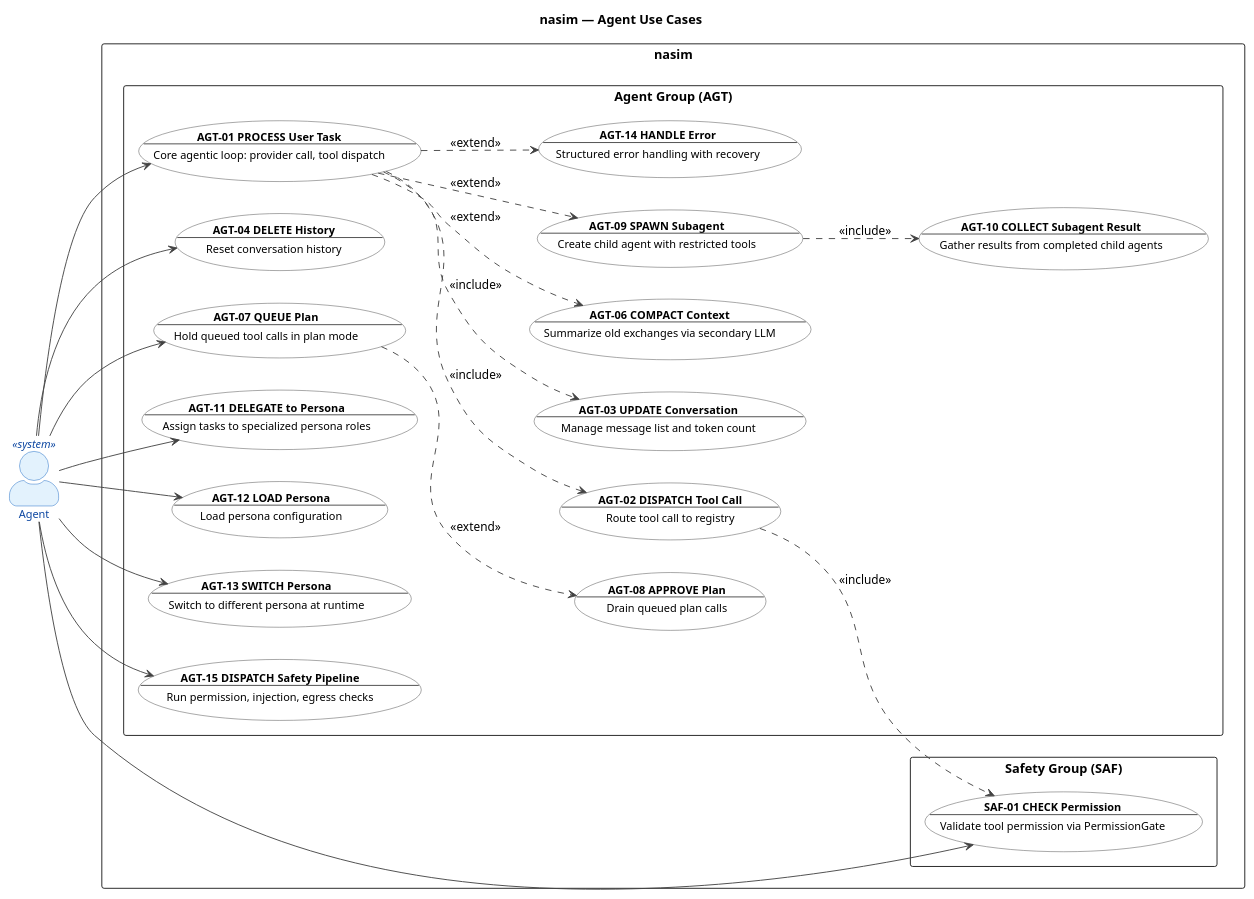
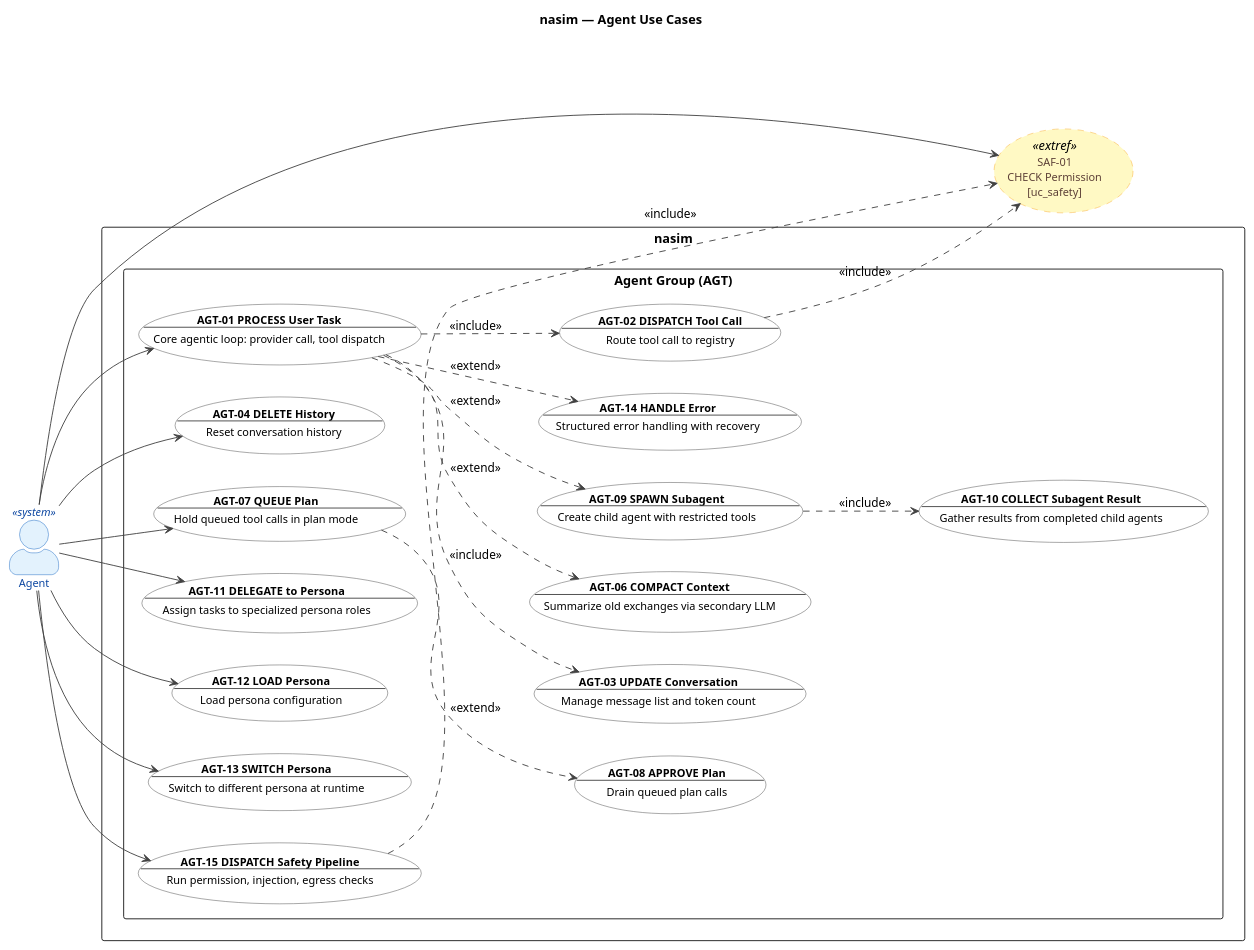
One commit to salimnamvar/nasim changed diagram 11 of 22 in UC.md. Above: the diagram before and after it, drawn with PlantUML. The commit also changed other lines of this file and 5 other files, not shown here.

First line of the commit message:
docs: Refactor state machine and use case diagrams for clarity and consistency

```diff
--- a/UC.md
+++ b/UC.md
@@ -1045,7 +1058,7 @@
 ' Boundary:  nasim code agent
 ' Purpose:   Core agentic loop, permissions, context, plans, subagents
 ' Milestone: v1.0
-' Version:   6.0.0
+' Version:   7.0.0
 ' Source:    docs/ENTITIES.md
 ' Review:    docs/audit/audit.2026.06.20.uc-layer.car.md
 ' ============================================================
@@ -1078,11 +1091,24 @@
   FontColor #0D47A1
 }
 
+skinparam usecase<<extref>> {
+  BackgroundColor #FFF9C4
+  BorderColor #F9A825
+  FontColor #5D4037
+  BorderStyle dashed
+}
+
 ' ============================================================
 ' Actors
 ' ============================================================
 
 actor "Agent" as Agent <<system>>
+
+' ============================================================
+' Cross-Group External References
+' ============================================================
+
+usecase "SAF-01\nCHECK Permission\n[uc_safety]" as SAF01_ext <<extref>>
 
 ' ============================================================
 ' System Boundary
@@ -1105,10 +1131,6 @@
     usecase "**AGT-14 HANDLE Error**\n--\nStructured error handling with recovery" as AGT14
     usecase "**AGT-15 DISPATCH Safety Pipeline**\n--\nRun permission, injection, egress checks" as AGT15
   }
-
-  package "Safety Group (SAF)" {
-    usecase "**SAF-01 CHECK Permission**\n--\nValidate tool permission via PermissionGate" as SAF01
-  }
 }
 
 ' ============================================================
@@ -1122,7 +1144,7 @@
 Agent --> AGT12
 Agent --> AGT13
 Agent --> AGT15
-Agent --> SAF01
+Agent --> SAF01_ext
 
 ' ============================================================
 ' Relationships
@@ -1130,7 +1152,8 @@
 
 AGT01 ..> AGT02 : <<include>>
 AGT01 ..> AGT03 : <<include>>
-AGT02 ..> SAF01 : <<include>>
+AGT02 ..> SAF01_ext : <<include>>
+AGT15 ..> SAF01_ext : <<include>>
 AGT01 ..> AGT06 : <<extend>>
 AGT07 ..> AGT08 : <<extend>>
 AGT01 ..> AGT09 : <<extend>>
```
